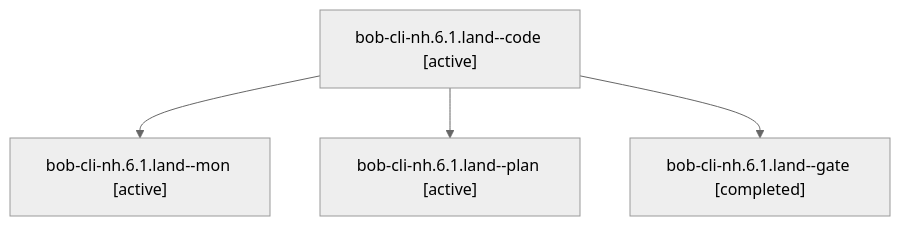
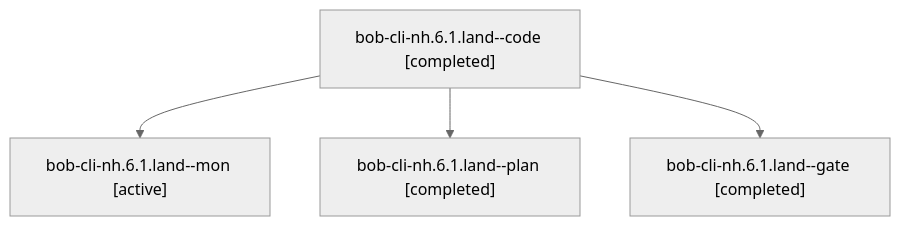
Before and after one commit to bobs-org/bob-cli--agents: the diagram in sessions/bbugyi200.athena.bob-cli-nh.6.1.land.md, drawn with Mermaid (neutral theme). The commit also changed other lines of this file and 114 other files, not shown here.

````diff
--- a/sessions/bbugyi200.athena.bob-cli-nh.6.1.land.md
+++ b/sessions/bbugyi200.athena.bob-cli-nh.6.1.land.md
@@ -9,10 +9,10 @@
 ```mermaid
 flowchart TD
-  n0["bob-cli-nh.6.1.land--code [active]"]
+  n0["bob-cli-nh.6.1.land--code [completed]"]
   n1["bob-cli-nh.6.1.land--mon [active]"]
   n0 --> n1
-  n2["bob-cli-nh.6.1.land--plan [active]"]
+  n2["bob-cli-nh.6.1.land--plan [completed]"]
   n0 --> n2
   n3["bob-cli-nh.6.1.land--gate [completed]"]
   n0 --> n3
 ```
````
